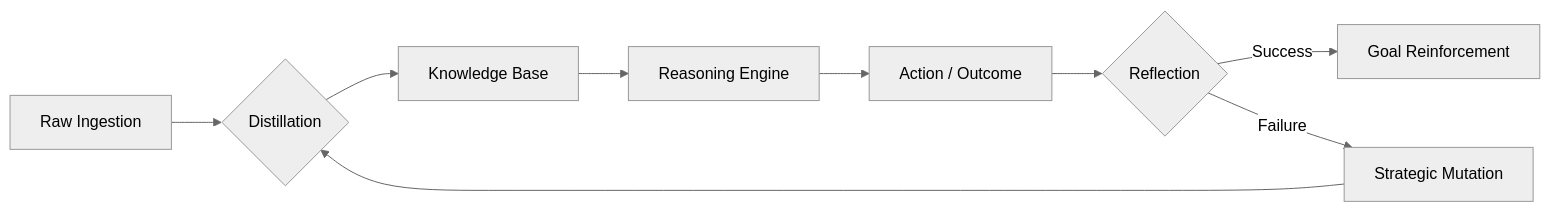
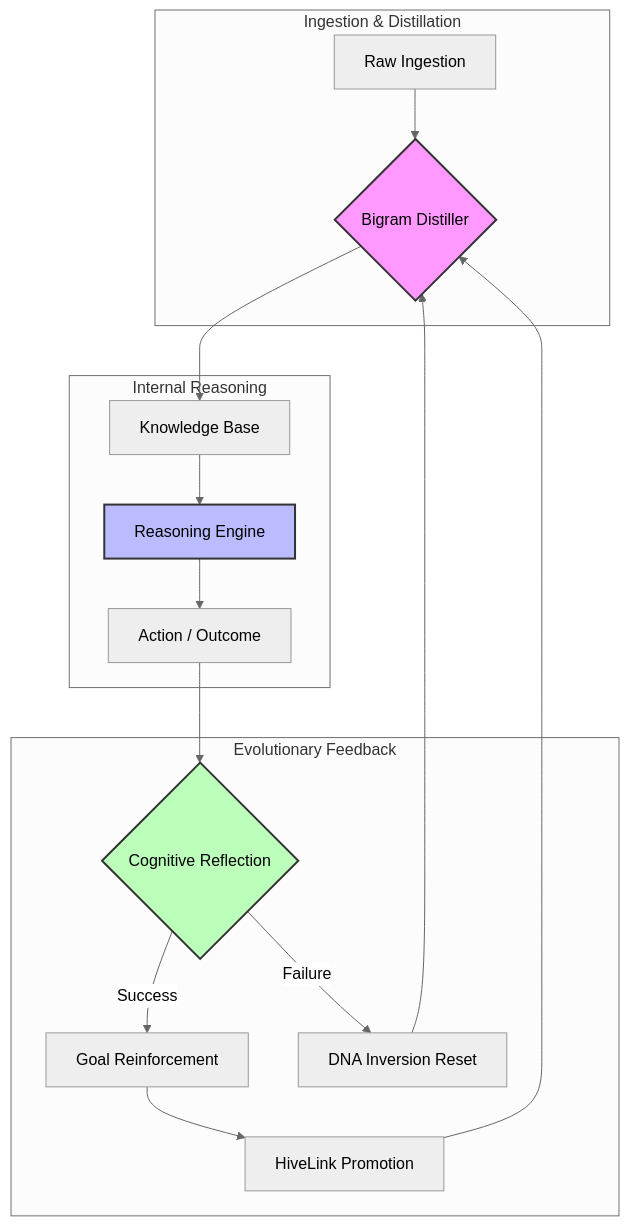
Before and after one commit to CardSorting/NOORMEAI: the diagram in README.md, drawn with Mermaid (neutral theme). The commit also changed other lines of this file and 47 other files, not shown here.

````diff
--- a/README.md
+++ b/README.md
@@ -18,11 +39,25 @@
 ```mermaid
-graph LR
-    A[Raw Ingestion] --> B{Distillation}
-    B --> C[Knowledge Base]
-    C --> D[Reasoning Engine]
-    D --> E[Action / Outcome]
-    E --> F{Reflection}
-    F -->|Success| G[Goal Reinforcement]
-    F -->|Failure| H[Strategic Mutation]
-    H --> B
+graph TD
+    subgraph "Ingestion & Distillation"
+        A[Raw Ingestion] --> B{Bigram Distiller}
+    end
+    
+    subgraph "Internal Reasoning"
+        B --> C[Knowledge Base]
+        C --> D[Reasoning Engine]
+        D --> E[Action / Outcome]
+    end
+    
+    subgraph "Evolutionary Feedback"
+        E --> F{Cognitive Reflection}
+        F -->|Success| G[Goal Reinforcement]
+        F -->|Failure| H[DNA Inversion Reset]
+        H --> B
+        G --> I[HiveLink Promotion]
+        I --> B
+    end
+    
+    style B fill:#f9f,stroke:#333,stroke-width:2px
+    style D fill:#bbf,stroke:#333,stroke-width:2px
+    style F fill:#bfb,stroke:#333,stroke-width:2px
 ```
````
